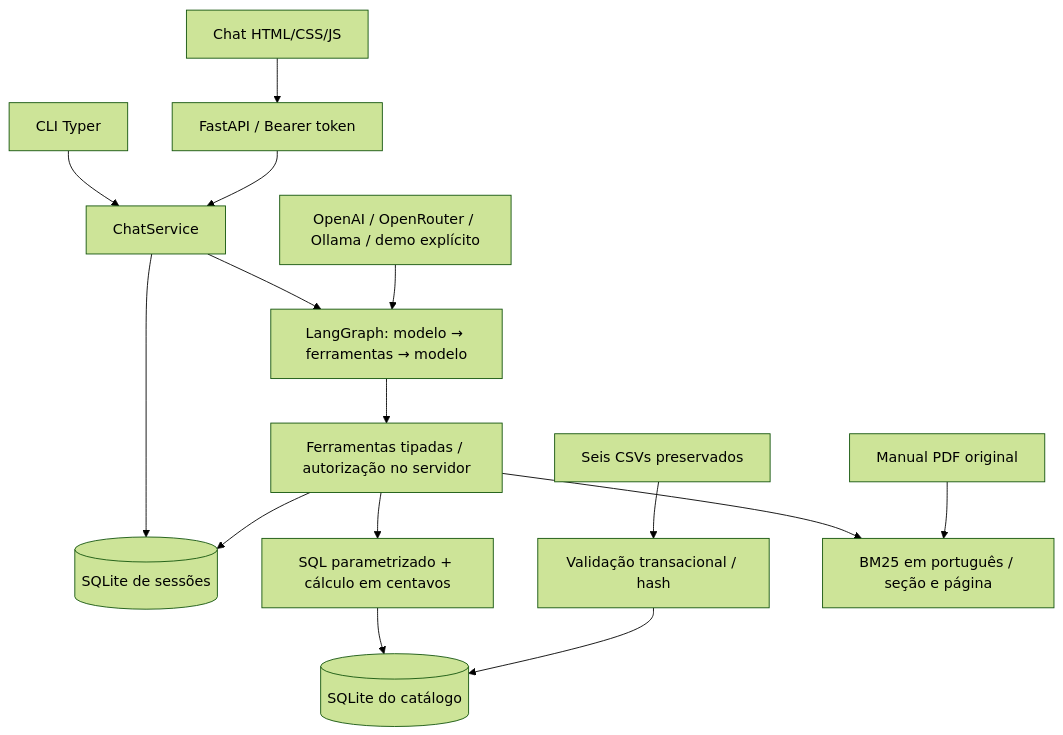
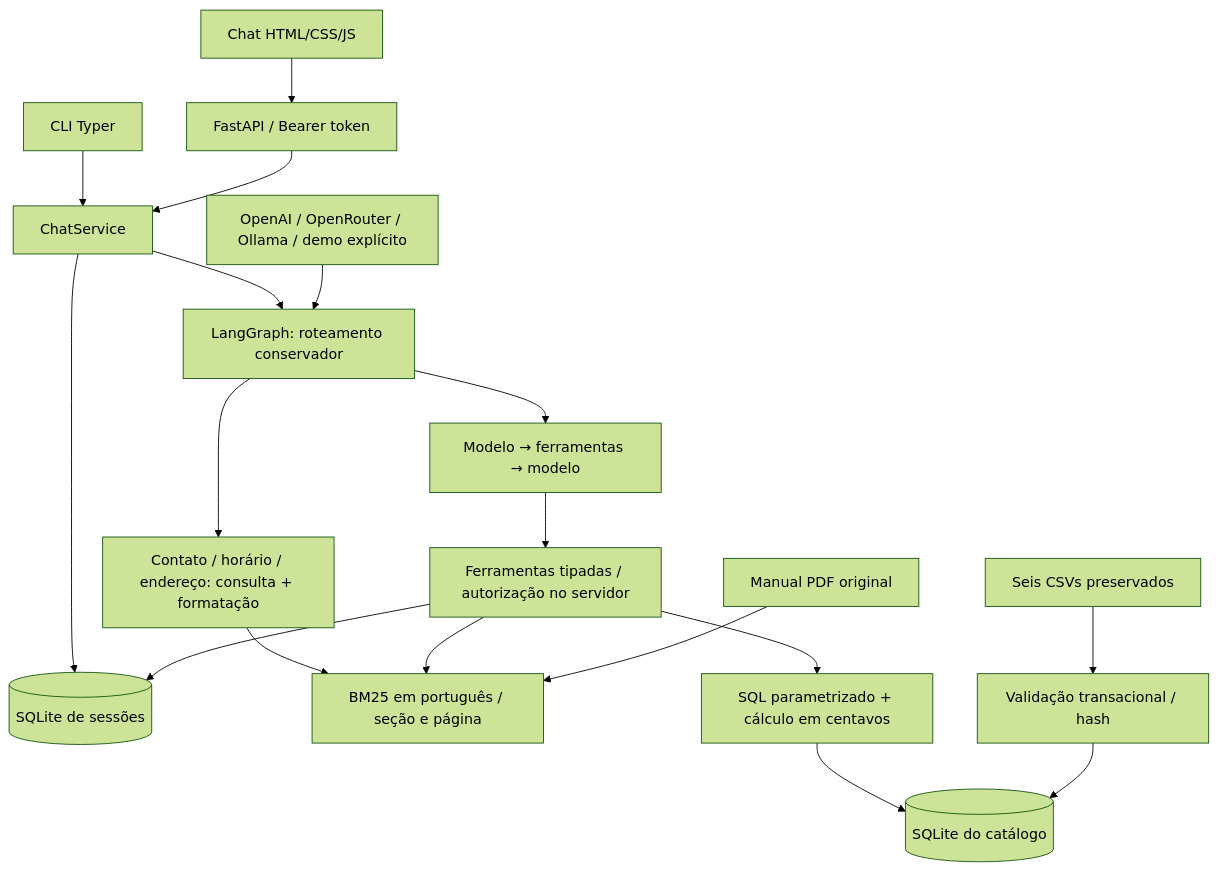
One commit to viniciiooss/case-artefact-ai-engineer changed the diagram in docs/architecture.md. Above: the diagram before and after it, drawn with Mermaid (forest theme). The commit also changed other lines of this file and 17 other files, not shown here.

````diff
--- a/docs/architecture.md
+++ b/docs/architecture.md
@@ -7,17 +7,20 @@
 ```mermaid
 flowchart TD
     UI[Chat HTML/CSS/JS] --> HTTP[FastAPI / Bearer token]
     CLI[CLI Typer] --> Service[ChatService]
     HTTP --> Service
     Service --> Sessions[(SQLite de sessões)]
-    Service --> Graph[LangGraph: modelo → ferramentas → modelo]
+    Service --> Graph[LangGraph: roteamento conservador]
+    Graph --> FAQ[Contato / horário / endereço: consulta + formatação]
+    FAQ --> BM25
+    Graph --> Agent[Modelo → ferramentas → modelo]
     Provider[OpenAI / OpenRouter / Ollama / demo explícito] --> Graph
-    Graph --> Tools[Ferramentas tipadas / autorização no servidor]
+    Agent --> Tools[Ferramentas tipadas / autorização no servidor]
     Tools --> SQL[SQL parametrizado + cálculo em centavos]
     SQL --> Catalog[(SQLite do catálogo)]
     CSV[Seis CSVs preservados] --> Ingest[Validação transacional / hash]
     Ingest --> Catalog
     Tools --> BM25[BM25 em português / seção e página]
     PDF[Manual PDF original] --> BM25
     Tools --> Sessions
 ```
````
